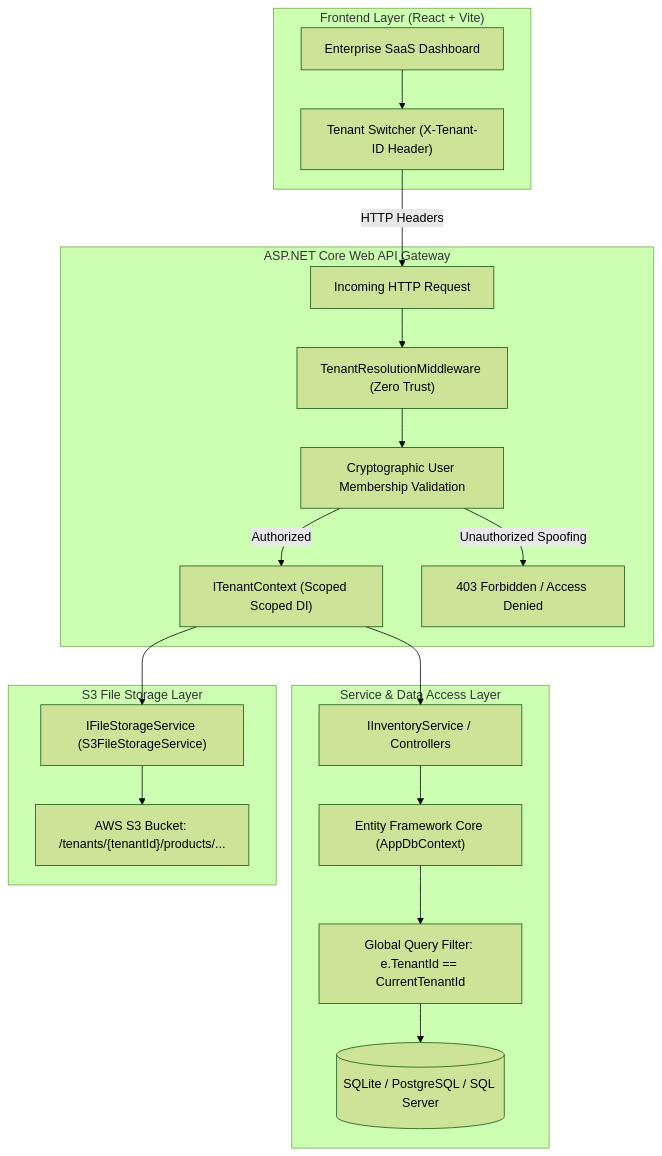
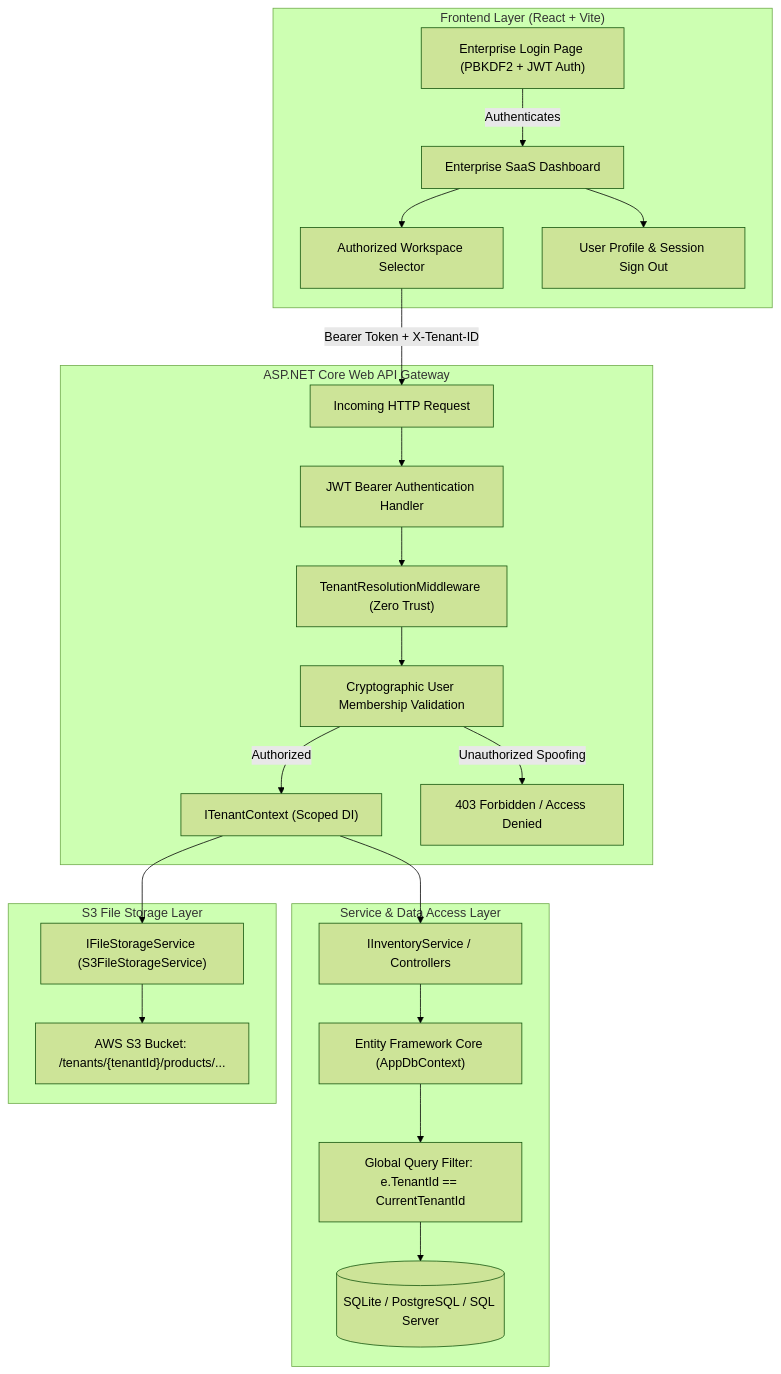
The diagram in README.md (jamithsai/inventra), drawn with Mermaid (forest theme) before and after one commit. The commit also changed other lines of this file and 16 other files, not shown here.

Commit message:
feat(auth): implement real JWT bearer authentication, PBKDF2 hashing, enterprise login page, and authorized workspace filtering

````diff
--- a/README.md
+++ b/README.md
@@ -23,41 +24,47 @@
 ```mermaid
 flowchart TD
     subgraph Client ["Frontend Layer (React + Vite)"]
+        Login["Enterprise Login Page (PBKDF2 + JWT Auth)"]
         UI["Enterprise SaaS Dashboard"]
-        Selector["Tenant Switcher (X-Tenant-ID Header)"]
+        Selector["Authorized Workspace Selector"]
+        Profile["User Profile & Session Sign Out"]
+        Login -->|Authenticates| UI
         UI --> Selector
+        UI --> Profile
     end
 
     subgraph API_Gate ["ASP.NET Core Web API Gateway"]
         Req["Incoming HTTP Request"]
+        JwtAuth["JWT Bearer Authentication Handler"]
         Middleware["TenantResolutionMiddleware (Zero Trust)"]
         AuthCheck["Cryptographic User Membership Validation"]
-        Context["ITenantContext (Scoped Scoped DI)"]
+        Context["ITenantContext (Scoped DI)"]
 
-        Selector -->|HTTP Headers| Req
-        Req --> Middleware
+        Selector -->|Bearer Token + X-Tenant-ID| Req
+        Req --> JwtAuth
+        JwtAuth --> Middleware
         Middleware --> AuthCheck
         AuthCheck -->|Authorized| Context
         AuthCheck -->|Unauthorized Spoofing| Err403["403 Forbidden / Access Denied"]
     end
 
     subgraph Core_Services ["Service & Data Access Layer"]
         Services["IInventoryService / Controllers"]
         EF["Entity Framework Core (AppDbContext)"]
         Filter["Global Query Filter: e.TenantId == CurrentTenantId"]
         DB[(SQLite / PostgreSQL / SQL Server)]
 
         Context --> Services
         Services --> EF
         EF --> Filter
         Filter --> DB
     end
 
     subgraph Storage_Layer ["S3 File Storage Layer"]
         StorageService["IFileStorageService (S3FileStorageService)"]
         S3["AWS S3 Bucket: /tenants/{tenantId}/products/..."]
 
         Context --> StorageService
         StorageService --> S3
     end
 ```
````
